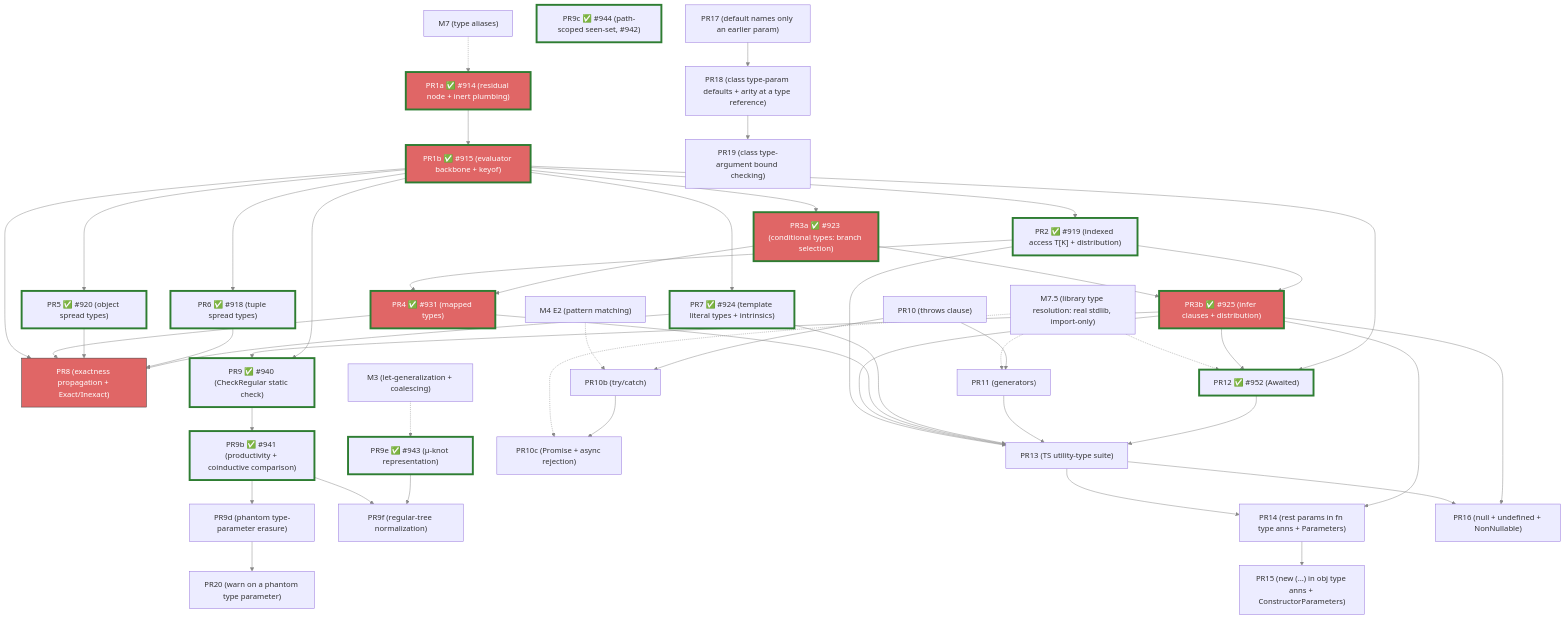
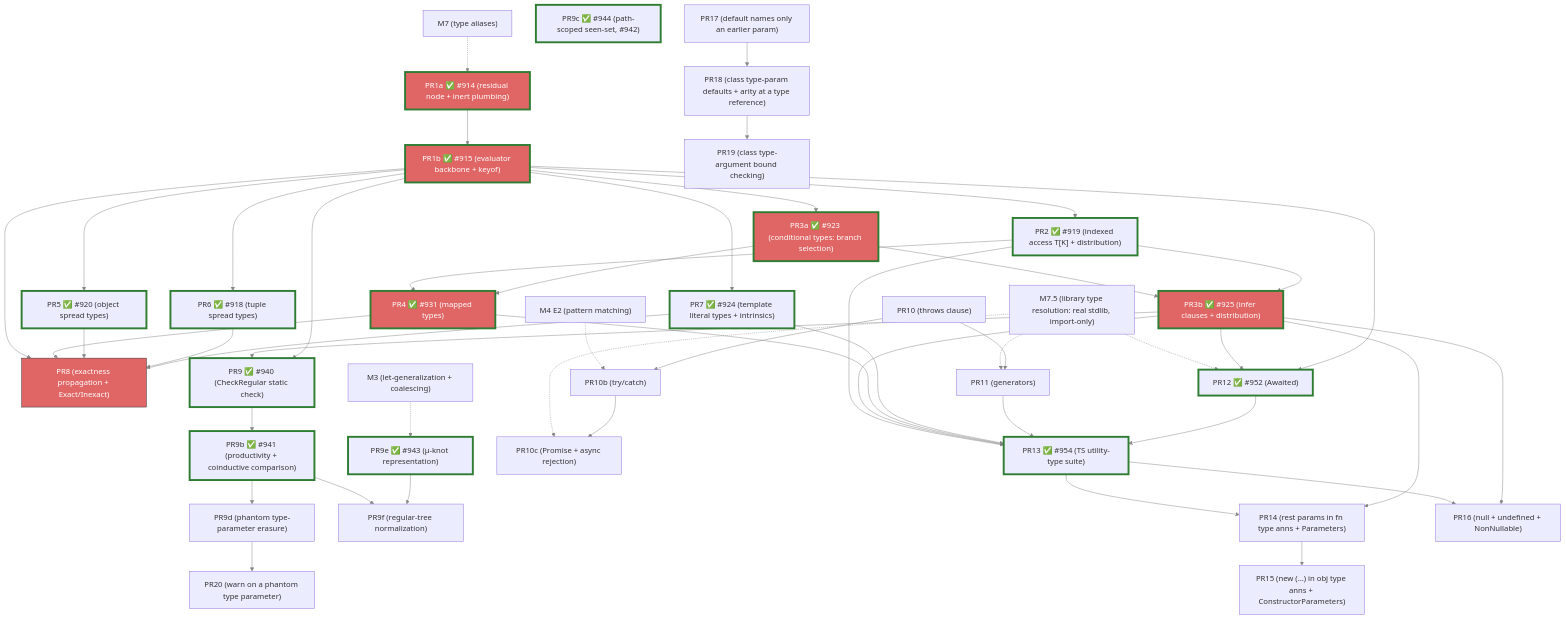
The diagram in planning/simple_sub/m9-implementation-plan.md (escalier-lang/escalier), drawn with Mermaid before and after one commit. The commit also changed other lines of this file and 12 other files, not shown here.

````diff
--- a/planning/simple_sub/m9-implementation-plan.md
+++ b/planning/simple_sub/m9-implementation-plan.md
@@ -1646,7 +1650,7 @@
     M4E2["M4 E2 (pattern matching)"]
     PR11["PR11 (generators)"]
     PR12["PR12 ✅ #952 (Awaited<T>)"]
-    PR13["PR13 (TS utility-type suite)"]
+    PR13["PR13 ✅ #954 (TS utility-type suite)"]
     PR14["PR14 (rest params in fn type anns + Parameters<F>)"]
     PR15["PR15 (new (…) in obj type anns + ConstructorParameters<C>)"]
     PR16["PR16 (null + undefined + NonNullable<T>)"]
@@ -1719,4 +1723,5 @@
     style PR9c stroke:#2e7d32,stroke-width:4px
     style PR9e stroke:#2e7d32,stroke-width:4px
     style PR12 stroke:#2e7d32,stroke-width:4px
+    style PR13 stroke:#2e7d32,stroke-width:4px
 ```
````
